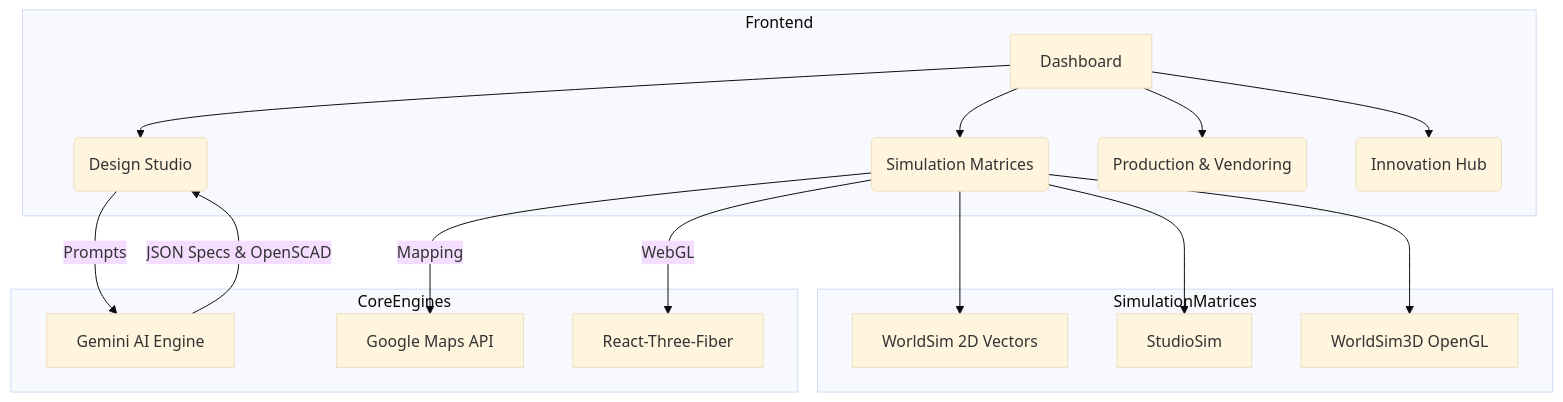
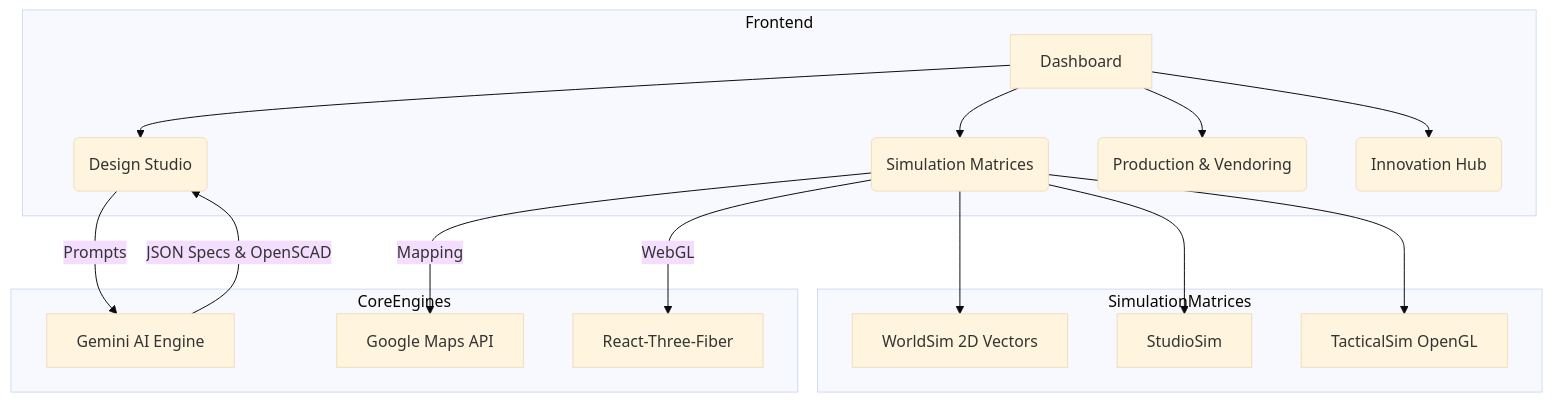
One commit to mgidreamteam/dgfcorp-prototype changed the first of 4 diagrams in DEVELOPER_GUIDE.md. Above: the diagram before and after it, drawn with Mermaid (base theme). The commit also changed other lines of this file and 29 other files, not shown here.

Commit message:
Standardize workspace UI layouts, rename WorldSim3D to TacticalSim, fix layout CSS constraints

````diff
--- a/DEVELOPER_GUIDE.md
+++ b/DEVELOPER_GUIDE.md
@@ -11,22 +11,22 @@
 ```mermaid
 graph TD
     subgraph Frontend
         A[Dashboard] --> B(Design Studio)
         A --> C(Simulation Matrices)
         A --> D(Production & Vendoring)
         A --> M(Innovation Hub)
     end
     
     subgraph CoreEngines
         B -->|Prompts| E[Gemini AI Engine]
         E -->|JSON Specs & OpenSCAD| B
         C -->|Mapping| F[Google Maps API]
         C -->|WebGL| G[React-Three-Fiber]
     end
 
     subgraph SimulationMatrices
         C --> H[WorldSim 2D Vectors]
         C --> I[StudioSim]
-        C --> J[WorldSim3D OpenGL]
+        C --> J[TacticalSim OpenGL]
     end
 ```
````
